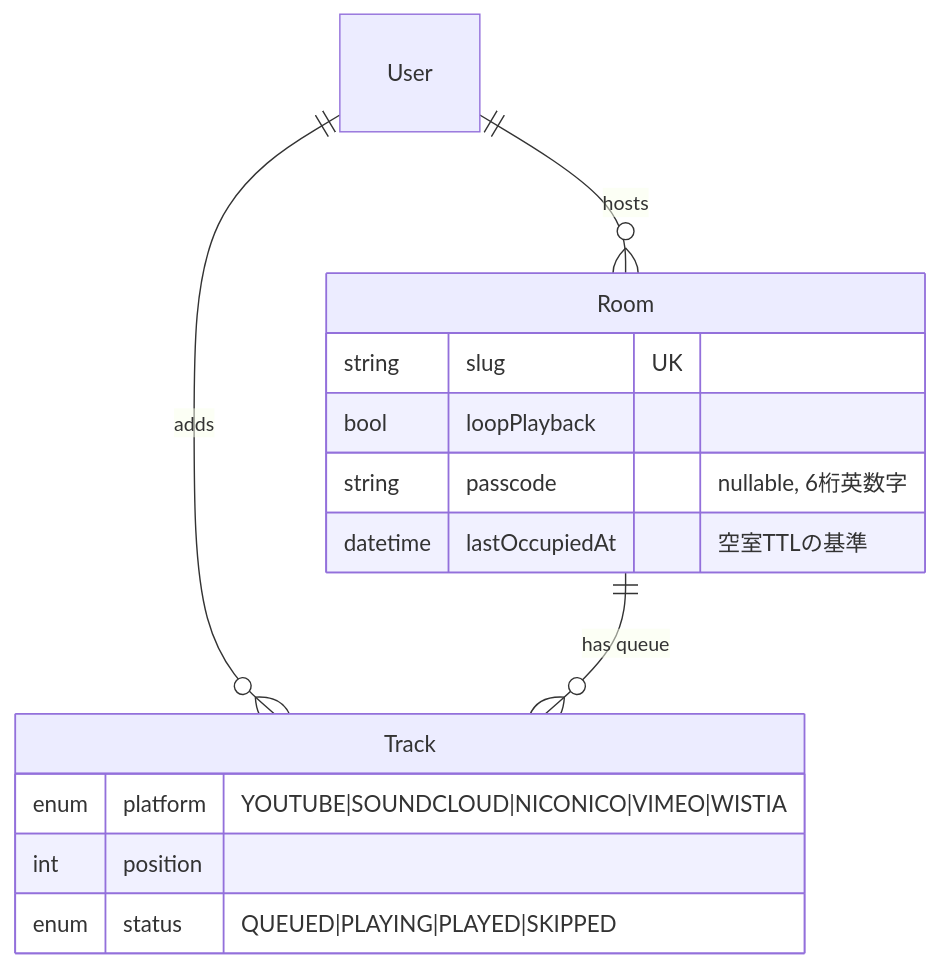
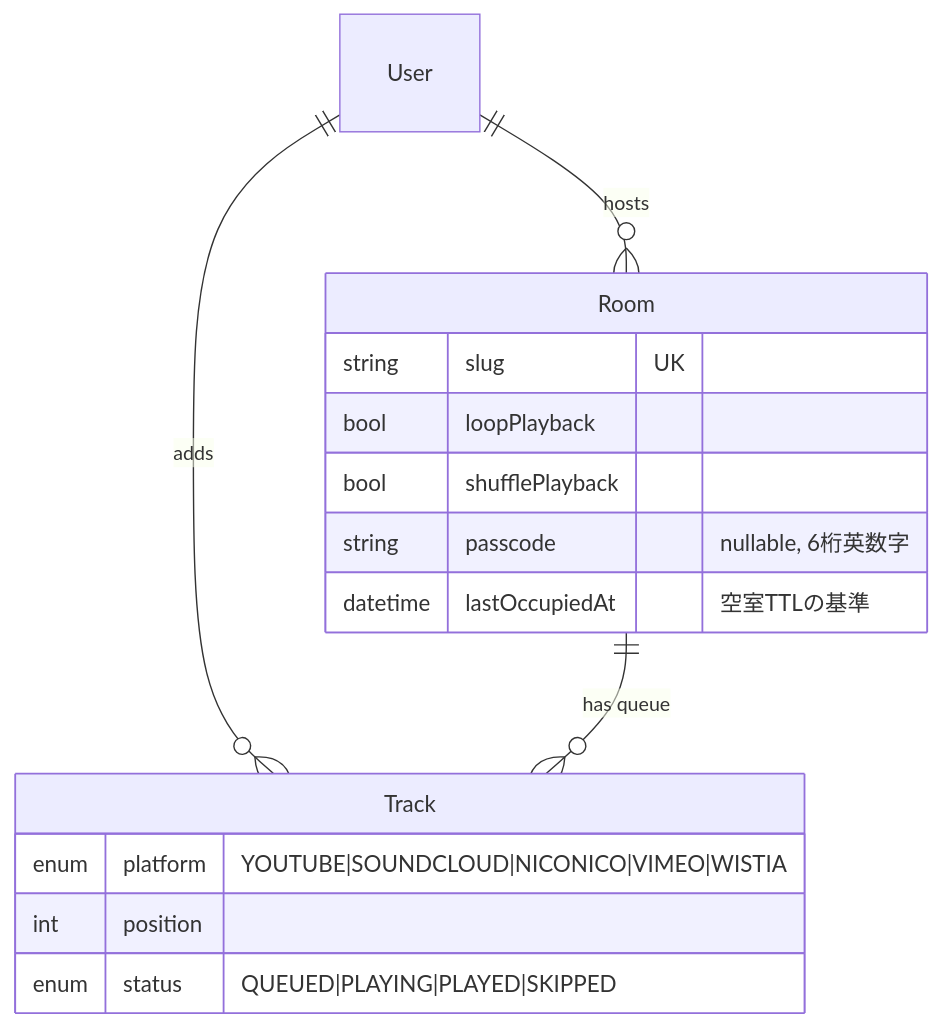
The third of 7 diagrams in docs/architecture.md (zagan-the-gun/XW-1), drawn with Mermaid before and after one commit. The commit also changed other lines of this file and 10 other files, not shown here.

````diff
--- a/docs/architecture.md
+++ b/docs/architecture.md
@@ -73,18 +73,19 @@
 ```mermaid
 erDiagram
     User ||--o{ Room : "hosts"
     User ||--o{ Track : "adds"
     Room ||--o{ Track : "has queue"
 
     Room {
         string slug UK
         bool loopPlayback
+        bool shufflePlayback
         string passcode "nullable, 6桁英数字"
         datetime lastOccupiedAt "空室TTLの基準"
     }
     Track {
         enum platform "YOUTUBE|SOUNDCLOUD|NICONICO|VIMEO|WISTIA"
         int position
         enum status "QUEUED|PLAYING|PLAYED|SKIPPED"
     }
 ```
````
